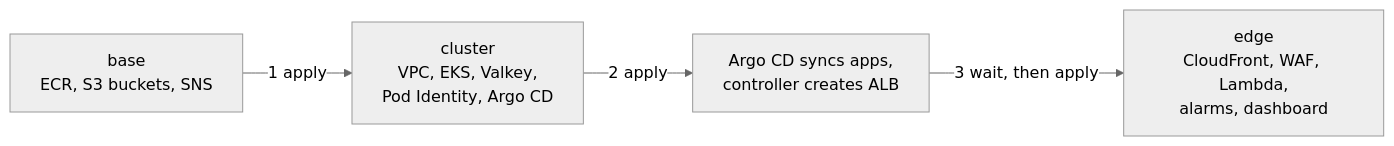
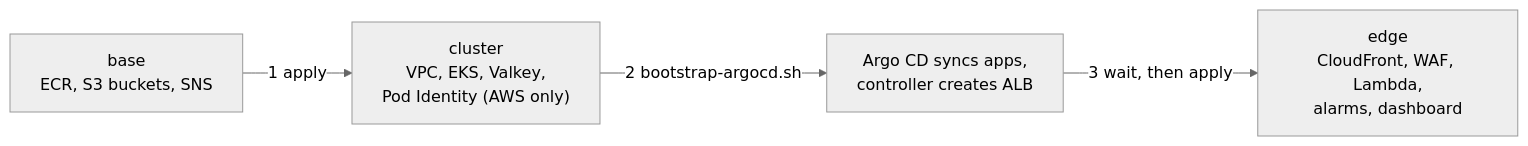
The fourth of 6 diagrams in docs/architecture.md (sarunas-k/lab-aws-docs), drawn with Mermaid (neutral theme) before and after one commit. The commit also changed other lines of this file and 13 other files, not shown here.

````diff
--- a/docs/architecture.md
+++ b/docs/architecture.md
@@ -79,6 +79,6 @@
 ```mermaid
 flowchart LR
-  B["base<br/>ECR, S3 buckets, SNS"] -->|"1 apply"| C["cluster<br/>VPC, EKS, Valkey,<br/>Pod Identity, Argo CD"]
-  C -->|"2 apply"| S["Argo CD syncs apps,<br/>controller creates ALB"]
+  B["base<br/>ECR, S3 buckets, SNS"] -->|"1 apply"| C["cluster<br/>VPC, EKS, Valkey,<br/>Pod Identity (AWS only)"]
+  C -->|"2 bootstrap-argocd.sh"| S["Argo CD syncs apps,<br/>controller creates ALB"]
   S -->|"3 wait, then apply"| E["edge<br/>CloudFront, WAF, Lambda,<br/>alarms, dashboard"]
 ```
````
